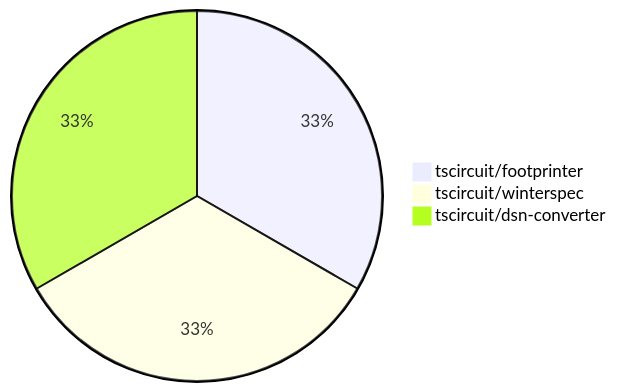
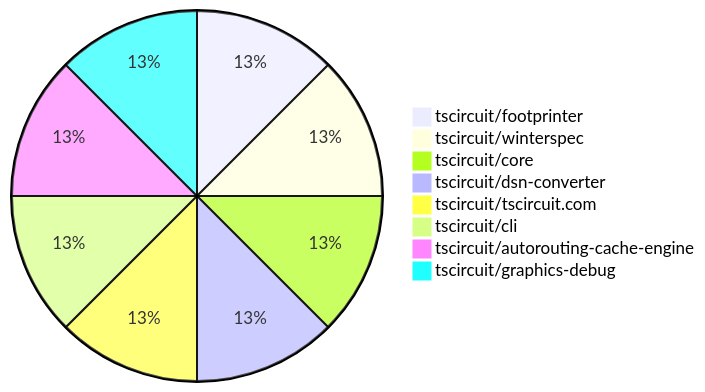
One commit to tscircuit/contribution-tracker changed the diagram in contribution-overviews/2025-03-12.md. Above: the diagram before and after it, drawn with Mermaid. The commit also changed other lines of this file and 2 other files, not shown here.

````diff
--- a/contribution-overviews/2025-03-12.md
+++ b/contribution-overviews/2025-03-12.md
@@ -5,6 +5,11 @@
 ```mermaid
 pie
     "tscircuit/footprinter" : 1
     "tscircuit/winterspec" : 1
+    "tscircuit/core" : 1
     "tscircuit/dsn-converter" : 1
+    "tscircuit/tscircuit.com" : 1
+    "tscircuit/cli" : 1
+    "tscircuit/autorouting-cache-engine" : 1
+    "tscircuit/graphics-debug" : 1
 ```
````
